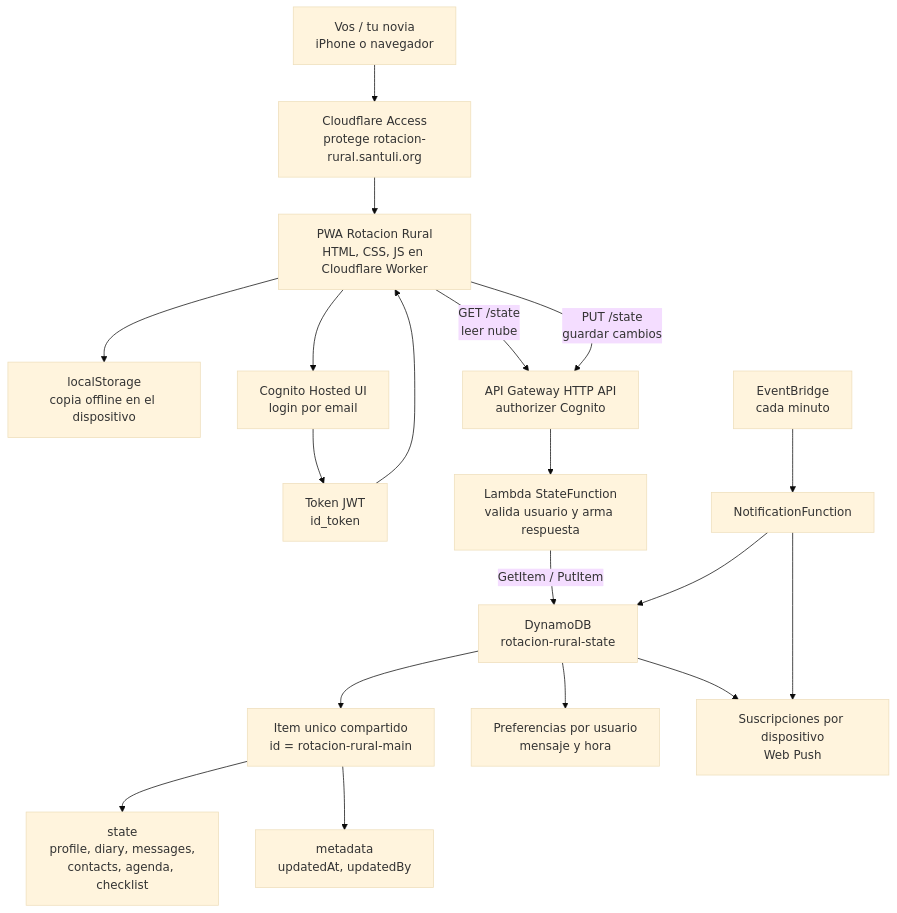
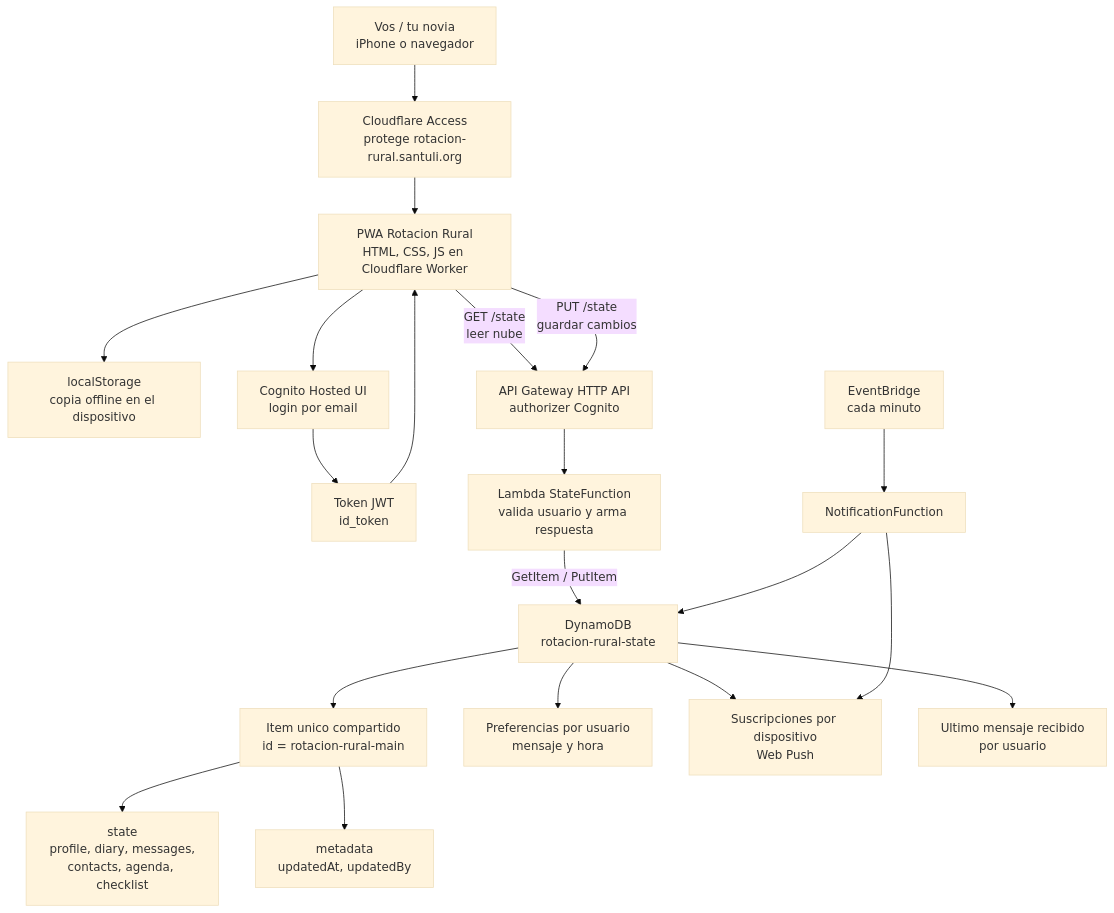
The diagram in aws/DATABASE.md (SantiFernandez17/rotacion-rural), drawn with Mermaid (base theme) before and after one commit. The commit also changed other lines of this file and 7 other files, not shown here.

````diff
--- a/aws/DATABASE.md
+++ b/aws/DATABASE.md
@@ -7,26 +7,27 @@
 ```mermaid
 flowchart TD
   U["Vos / tu novia<br/>iPhone o navegador"] --> CF["Cloudflare Access<br/>protege rotacion-rural.santuli.org"]
   CF --> APP["PWA Rotacion Rural<br/>HTML, CSS, JS en Cloudflare Worker"]
 
   APP --> LS["localStorage<br/>copia offline en el dispositivo"]
 
   APP --> COG["Cognito Hosted UI<br/>login por email"]
   COG --> TOK["Token JWT<br/>id_token"]
   TOK --> APP
 
   APP -->|GET /state<br/>leer nube| API["API Gateway HTTP API<br/>authorizer Cognito"]
   APP -->|PUT /state<br/>guardar cambios| API
 
   API --> LAMBDA["Lambda StateFunction<br/>valida usuario y arma respuesta"]
   LAMBDA -->|GetItem / PutItem| DB["DynamoDB<br/>rotacion-rural-state"]
 
   DB --> ITEM["Item unico compartido<br/>id = rotacion-rural-main"]
   ITEM --> STATE["state<br/>profile, diary, messages,<br/>contacts, agenda, checklist"]
   ITEM --> META["metadata<br/>updatedAt, updatedBy"]
   DB --> PREF["Preferencias por usuario<br/>mensaje y hora"]
   DB --> PUSH["Suscripciones por dispositivo<br/>Web Push"]
+  DB --> INBOX["Ultimo mensaje recibido<br/>por usuario"]
   SCHED["EventBridge<br/>cada minuto"] --> NL["NotificationFunction"]
   NL --> DB
   NL --> PUSH
 ```
````
